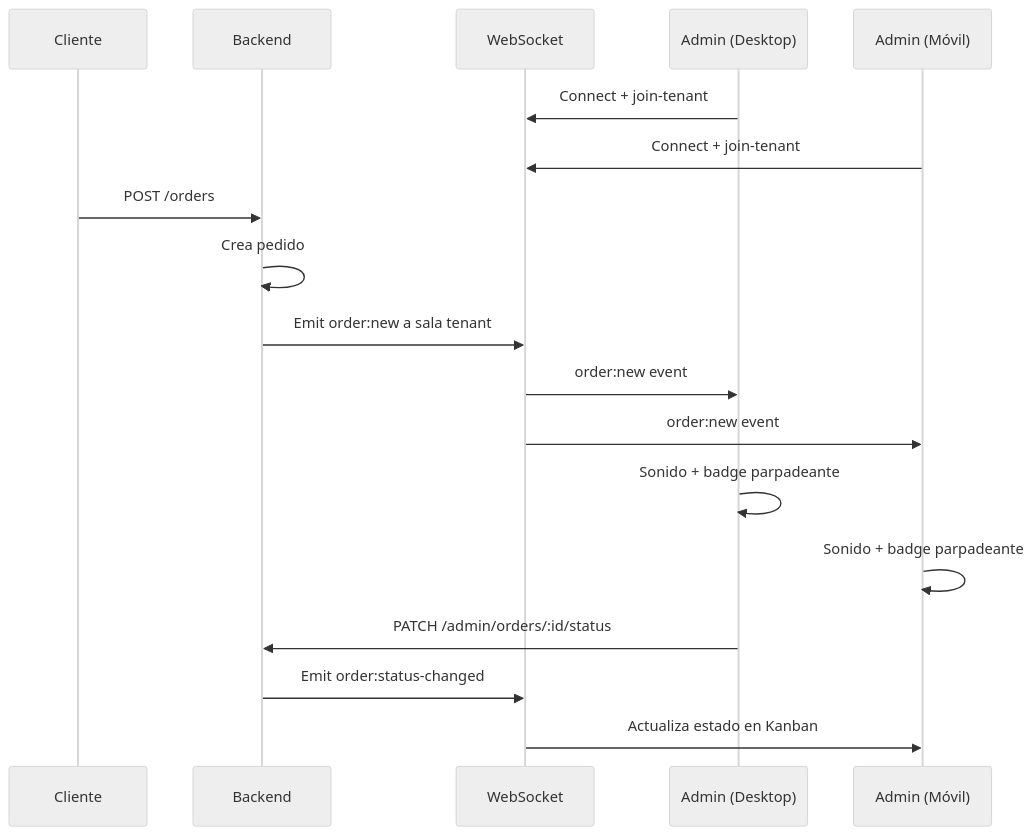
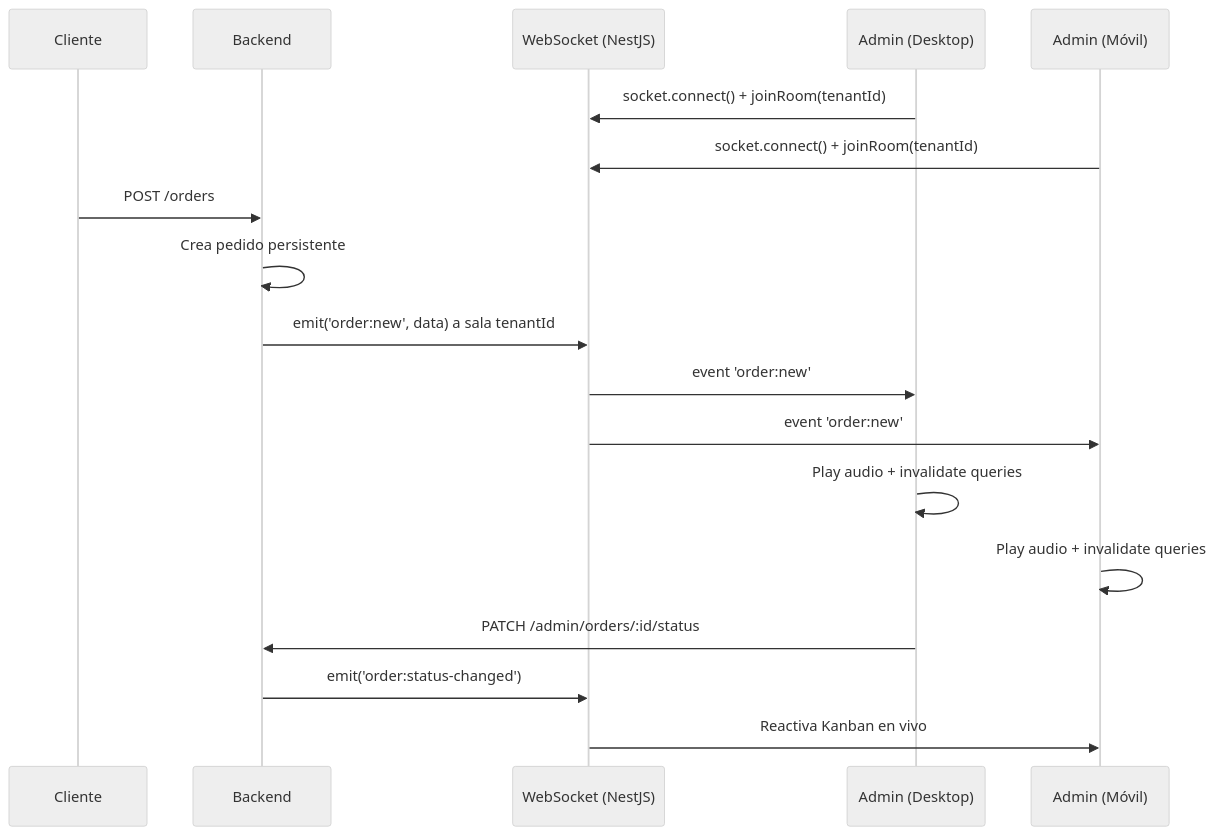
The fourth of 4 diagrams in openspec/specs/project.md (fernandomurguiadev/picky-app), drawn with Mermaid (neutral theme) before and after one commit. The commit also changed other lines of this file and 28 other files, not shown here.

````diff
--- a/openspec/specs/project.md
+++ b/openspec/specs/project.md
@@ -215,21 +214,21 @@
 ```mermaid
 sequenceDiagram
     participant C as Cliente
     participant API as Backend
-    participant WS as WebSocket
+    participant WS as WebSocket (NestJS)
     participant A1 as Admin (Desktop)
     participant A2 as Admin (Móvil)
 
-    A1->>WS: Connect + join-tenant
-    A2->>WS: Connect + join-tenant
+    A1->>WS: socket.connect() + joinRoom(tenantId)
+    A2->>WS: socket.connect() + joinRoom(tenantId)
     C->>API: POST /orders
-    API->>API: Crea pedido
-    API->>WS: Emit order:new a sala tenant
-    WS->>A1: order:new event
-    WS->>A2: order:new event
-    A1->>A1: Sonido + badge parpadeante
-    A2->>A2: Sonido + badge parpadeante
+    API->>API: Crea pedido persistente
+    API->>WS: emit('order:new', data) a sala tenantId
+    WS->>A1: event 'order:new'
+    WS->>A2: event 'order:new'
+    A1->>A1: Play audio + invalidate queries
+    A2->>A2: Play audio + invalidate queries
     A1->>API: PATCH /admin/orders/:id/status
-    API->>WS: Emit order:status-changed
-    WS->>A2: Actualiza estado en Kanban
+    API->>WS: emit('order:status-changed')
+    WS->>A2: Reactiva Kanban en vivo
 ```
````
